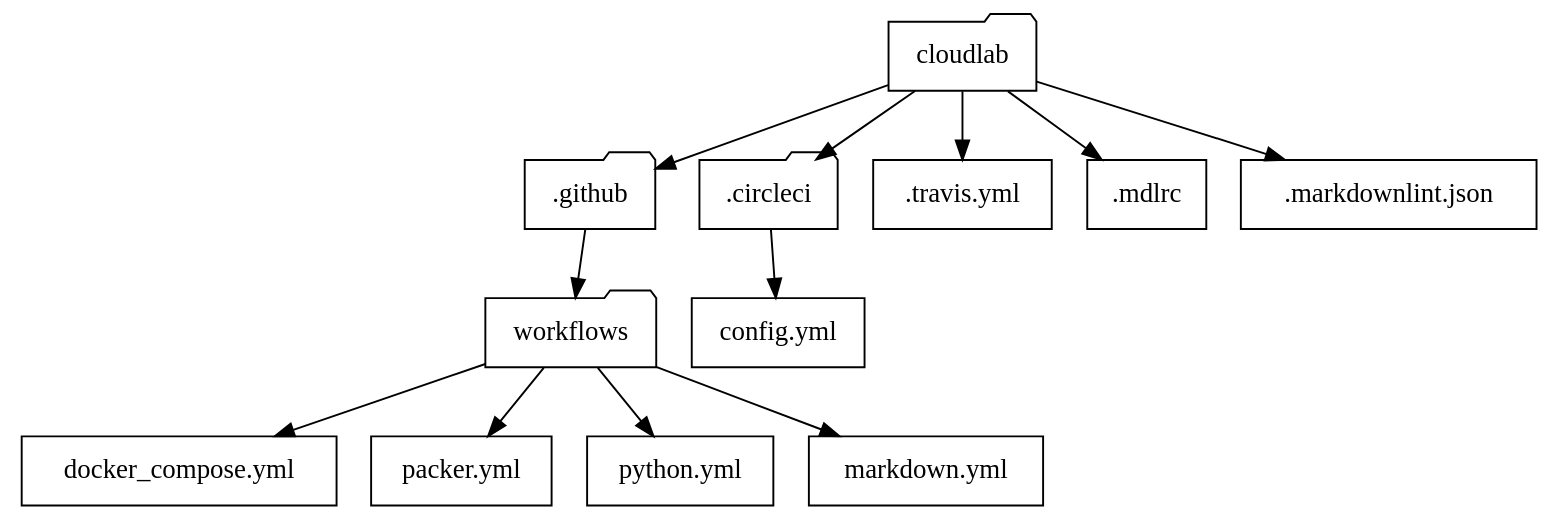
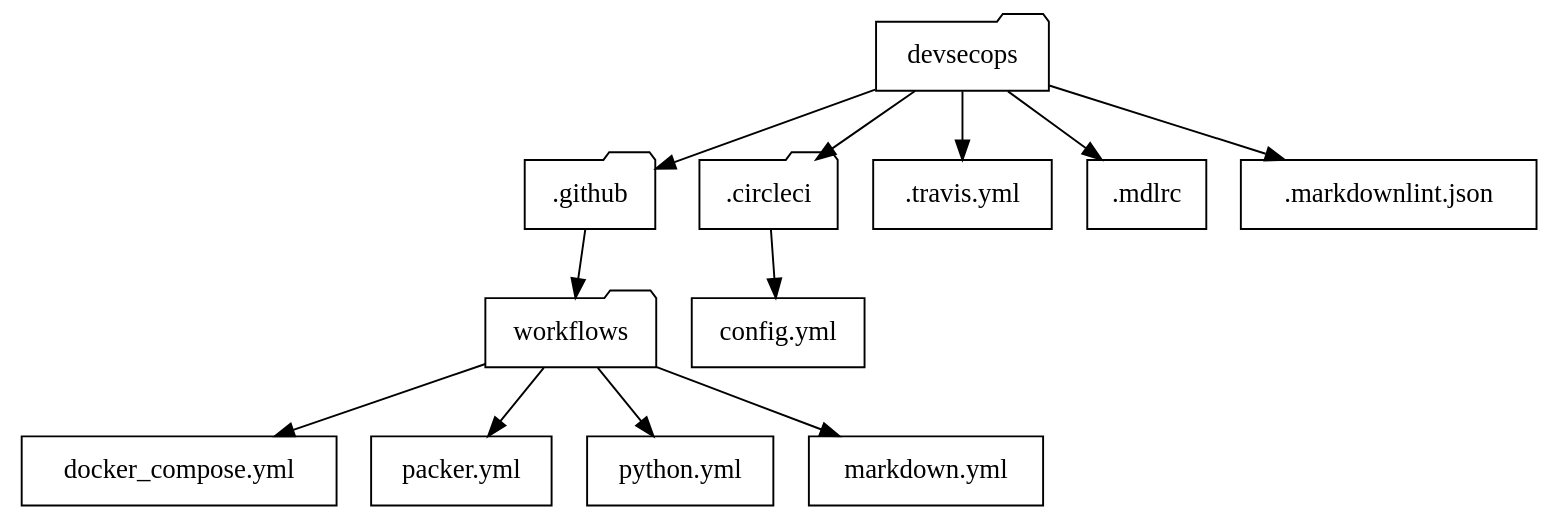
The diagram in docs/_source/06_about-ci-cd.rst (ajcborges/devsecops-tactical-workbook), drawn with Graphviz before and after one commit. The commit also changed other lines of this file and 9 other files, not shown here.

```diff
--- a/docs/_source/06_about-ci-cd.rst
+++ b/docs/_source/06_about-ci-cd.rst
@@ -465,29 +465,29 @@
 .. graphviz::
    :caption: GitHub Actions
    :align: center
 
    digraph folders {
-      "cloudlab" [shape=folder];
+      "devsecops" [shape=folder];
       ".github" [shape=folder];
       "workflows" [shape=folder];
       ".circleci" [shape=folder];
       "config.yml" [shape=rectangle;]
       "docker_compose.yml" [shape=rectangle];
       "packer.yml" [shape=rectangle];
       "python.yml" [shape=rectangle];
       "markdown.yml" [shape=rectangle];
       ".travis.yml" [shape=rectangle];
       ".mdlrc" [shape=rectangle];
       ".markdownlint.json" [shape=rectangle];
-      "cloudlab" -> ".github";
-      "cloudlab" -> ".mdlrc";
-      "cloudlab" -> ".travis.yml";
-      "cloudlab" -> ".markdownlint.json";
-      "cloudlab" -> ".circleci";
+      "devsecops" -> ".github";
+      "devsecops" -> ".mdlrc";
+      "devsecops" -> ".travis.yml";
+      "devsecops" -> ".markdownlint.json";
+      "devsecops" -> ".circleci";
       ".circleci" -> "config.yml";
       ".github" -> "workflows";
       "workflows" -> "docker_compose.yml";
       "workflows" -> "markdown.yml";
       "workflows" -> "packer.yml";
       "workflows" -> "python.yml";
    }
```
